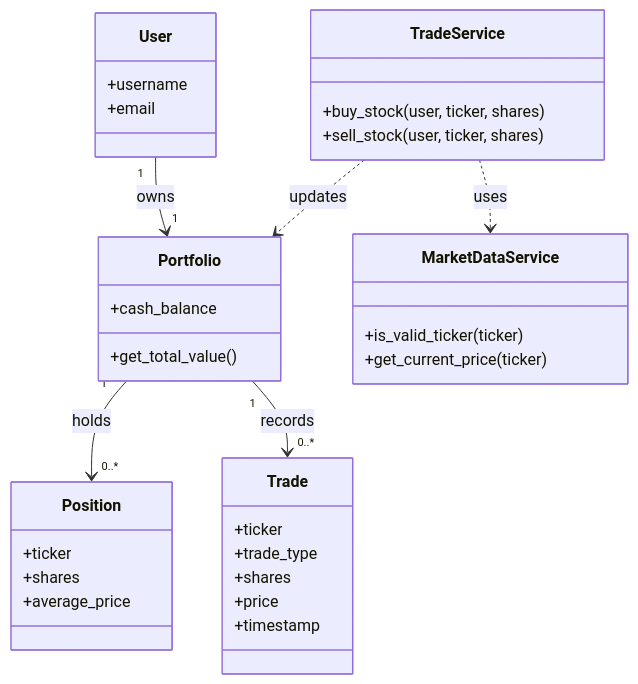
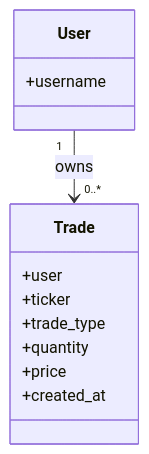
Before and after one commit to noahstephenson/Paper-Trading-App: the diagram in Mermaid Diagrams/class-diagram.mmd, drawn with Mermaid. The commit also changed 11 other files, not shown here.

Commit message:
Improve trade confirmation flow and project docs

```diff
--- a/Mermaid Diagrams/class-diagram.mmd
+++ b/Mermaid Diagrams/class-diagram.mmd
@@ -1,46 +1,18 @@
 classDiagram
-    %% Conceptual MVP diagram for a Django paper trading app.
-    %% Focus on the main Django models and service classes.
-    %% The domain classes stay centered; services are kept separate for readability.
+    %% The MVP uses Django's built-in User model and stores paper trades directly.
     direction TB
 
     class User {
         +username
-        +email
-    }
-
-    class Portfolio {
-        +cash_balance
-        +get_total_value()
-    }
-
-    class Position {
-        +ticker
-        +shares
-        +average_price
     }
 
     class Trade {
+        +user
         +ticker
         +trade_type
-        +shares
+        +quantity
         +price
-        +timestamp
+        +created_at
     }
 
-    class MarketDataService {
-        +is_valid_ticker(ticker)
-        +get_current_price(ticker)
-    }
-
-    class TradeService {
-        +buy_stock(user, ticker, shares)
-        +sell_stock(user, ticker, shares)
-    }
-
-    User "1" --> "1" Portfolio : owns
-    Portfolio "1" --> "0..*" Position : holds
-    Portfolio "1" --> "0..*" Trade : records
-
-    TradeService ..> MarketDataService : uses
-    TradeService ..> Portfolio : updates
+    User "1" --> "0..*" Trade : owns
```
